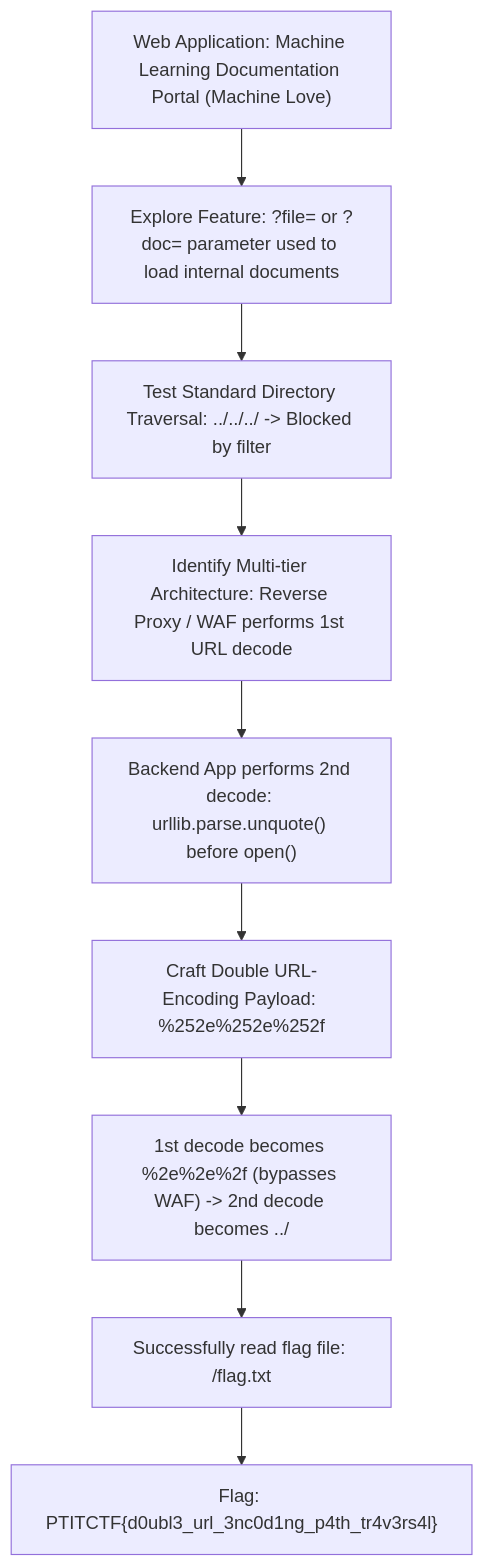
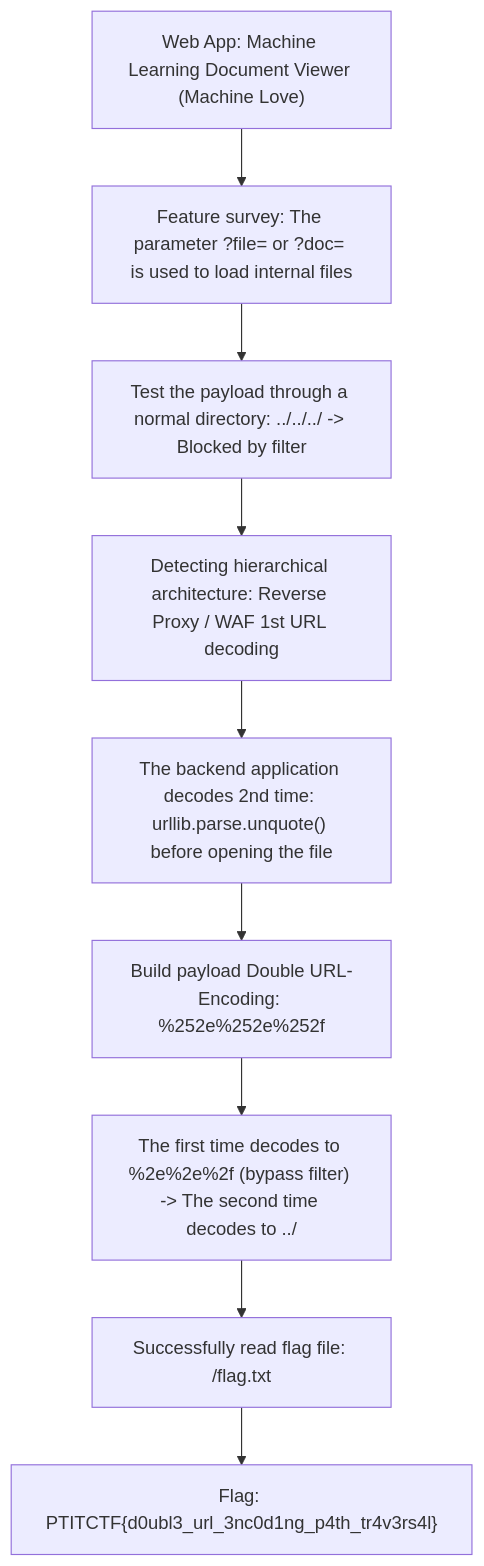
The second of 2 diagrams in _posts/2026-08-22-machine-love.md (Lizamort1/ctf-writeups), drawn with Mermaid before and after one commit. The commit also changed other lines of this file and 42 other files, not shown here.

Commit message:
fix: synchronize bilingual writeups and redraw diagrams

````diff
--- a/_posts/2026-08-22-machine-love.md
+++ b/_posts/2026-08-22-machine-love.md
@@ -100,11 +101,11 @@
 ```mermaid
 flowchart TD
-    A["Web Application: Machine Learning Documentation Portal (Machine Love)"] --> B["Explore Feature: ?file= or ?doc= parameter used to load internal documents"]
-    B --> C["Test Standard Directory Traversal: ../../../ -> Blocked by filter"]
-    C --> D["Identify Multi-tier Architecture: Reverse Proxy / WAF performs 1st URL decode"]
-    D --> E["Backend App performs 2nd decode: urllib.parse.unquote() before open()"]
-    E --> F["Craft Double URL-Encoding Payload: %252e%252e%252f"]
-    F --> G["1st decode becomes %2e%2e%2f (bypasses WAF) -> 2nd decode becomes ../"]
+    A["Web App: Machine Learning Document Viewer (Machine Love)"] --> B["Feature survey: The parameter ?file= or ?doc= is used to load internal files"]
+    B --> C["Test the payload through a normal directory: ../../../ -> Blocked by filter"]
+    C --> D["Detecting hierarchical architecture: Reverse Proxy / WAF 1st URL decoding"]
+    D --> E["The backend application decodes 2nd time: urllib.parse.unquote() before opening the file"]
+    E --> F["Build payload Double URL-Encoding: %252e%252e%252f"]
+    F --> G["The first time decodes to %2e%2e%2f (bypass filter) -> The second time decodes to ../"]
     G --> H["Successfully read flag file: /flag.txt"]
     H --> I["Flag: PTITCTF{d0ubl3_url_3nc0d1ng_p4th_tr4v3rs4l}"]
 ```
````
